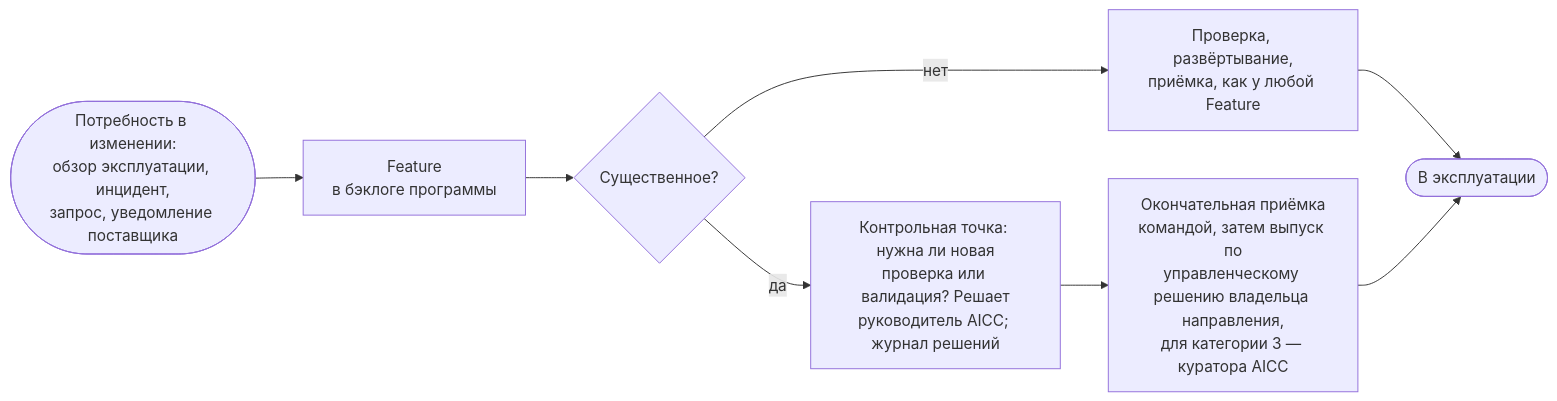
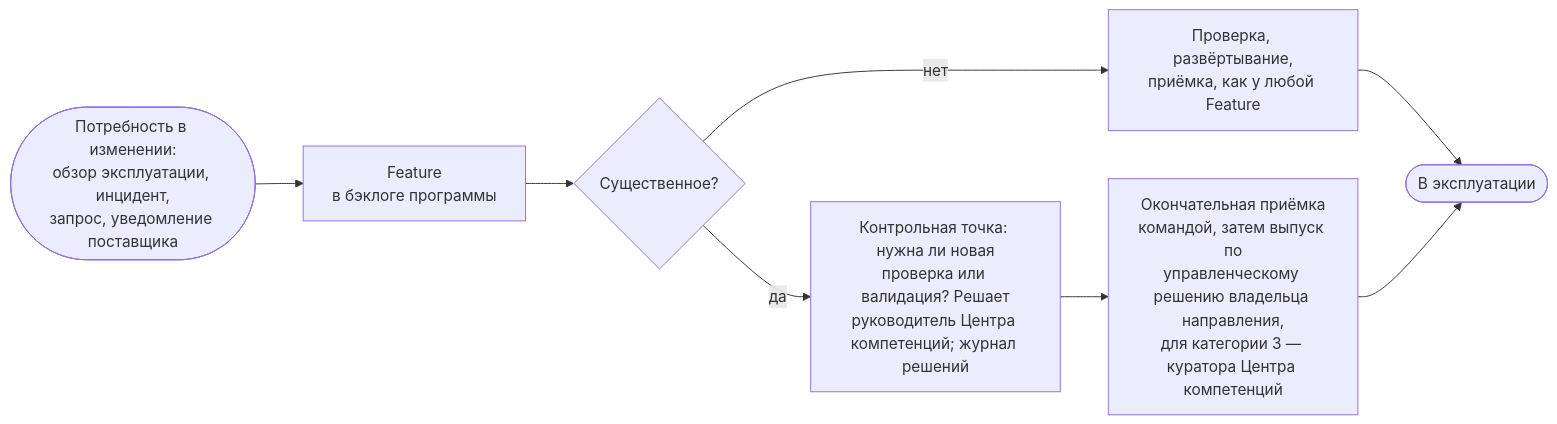
One commit to devhogu/ob-aicc changed the diagram in portal/content/ru/delivery/life-cycle-management.md. Above: the diagram before and after it, drawn with Mermaid. The commit also changed other lines of this file and 1149 other files, not shown here.

````diff
--- a/portal/content/ru/delivery/life-cycle-management.md
+++ b/portal/content/ru/delivery/life-cycle-management.md
@@ -25,10 +25,10 @@
 ```mermaid
 flowchart LR
   R(["Потребность в изменении:<br/>обзор эксплуатации, инцидент,<br/>запрос, уведомление поставщика"]) --> F["Feature<br/>в бэклоге программы"]
   F --> S{"Существенное?"}
   S -->|"нет"| N["Проверка, развёртывание,<br/>приёмка, как у любой Feature"]
-  S -->|"да"| K["Контрольная точка: нужна ли новая<br/>проверка или валидация? Решает<br/>руководитель AICC; журнал решений"]
-  K --> T["Окончательная приёмка<br/>командой, затем выпуск по<br/>управленческому решению владельца направления,<br/>для категории 3 — куратора AICC"]
+  S -->|"да"| K["Контрольная точка: нужна ли новая<br/>проверка или валидация? Решает<br/>руководитель Центра компетенций; журнал решений"]
+  K --> T["Окончательная приёмка<br/>командой, затем выпуск по<br/>управленческому решению владельца направления,<br/>для категории 3 — куратора Центра компетенций"]
   N --> L(["В эксплуатации"])
   T --> L
 ```
````
